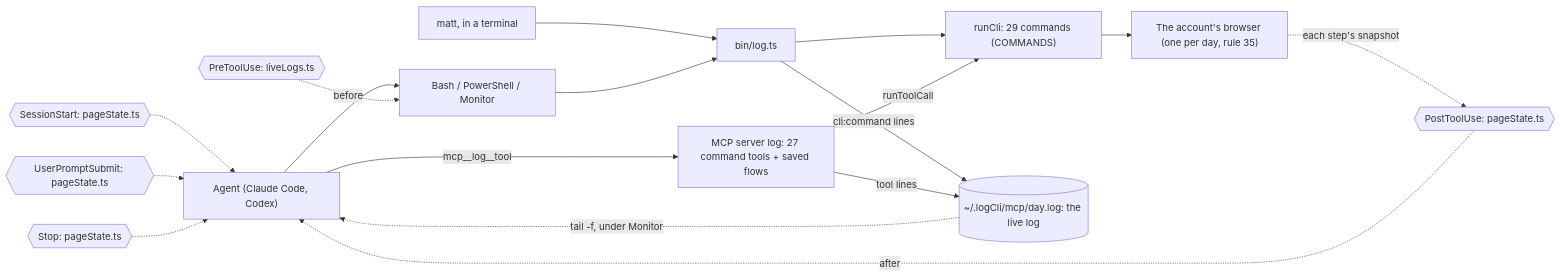
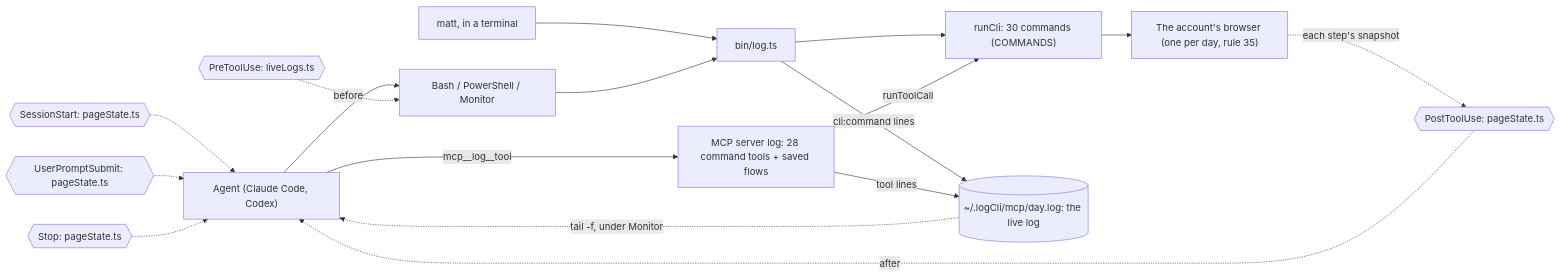
One commit to matthewdonsemail-lab/log changed the second of 5 diagrams in README.md. Above: the diagram before and after it, drawn with Mermaid. The commit also changed other lines of this file and 31 other files, not shown here.

Commit message:
feat: log read group reads a group's new posts and their comments, saved to agencyGroupPosts and agencyGroupComments before the cursor moves (#27, rule 61)

````diff
--- a/README.md
+++ b/README.md
@@ -87,27 +87,27 @@
 ```mermaid
 flowchart LR
   agent["Agent (Claude Code, Codex)"]
   matt["matt, in a terminal"]
   shell["Bash / PowerShell / Monitor"]
-  mcp["MCP server log: 27 command tools + saved flows"]
+  mcp["MCP server log: 28 command tools + saved flows"]
   bin["bin/log.ts"]
-  runCli["runCli: 29 commands (COMMANDS)"]
+  runCli["runCli: 30 commands (COMMANDS)"]
   live[("~/.logCli/mcp/day.log: the live log")]
   browser["The account's browser (one per day, rule 35)"]
   agent --> shell
   matt --> bin
   shell --> bin
   agent -->|mcp__log__tool| mcp
   bin --> runCli
   mcp -->|runToolCall| runCli
   runCli --> browser
   bin -->|cli:command lines| live
   mcp -->|tool lines| live
   live -.->|tail -f, under Monitor| agent
   pre0{{"PreToolUse: liveLogs.ts"}} -.->|before| shell
   post0{{"PostToolUse: pageState.ts"}} -.->|after| agent
   turn0{{"SessionStart: pageState.ts"}} -.-> agent
   turn1{{"UserPromptSubmit: pageState.ts"}} -.-> agent
   turn2{{"Stop: pageState.ts"}} -.-> agent
   browser -.->|each step's snapshot| post0
 ```
````
